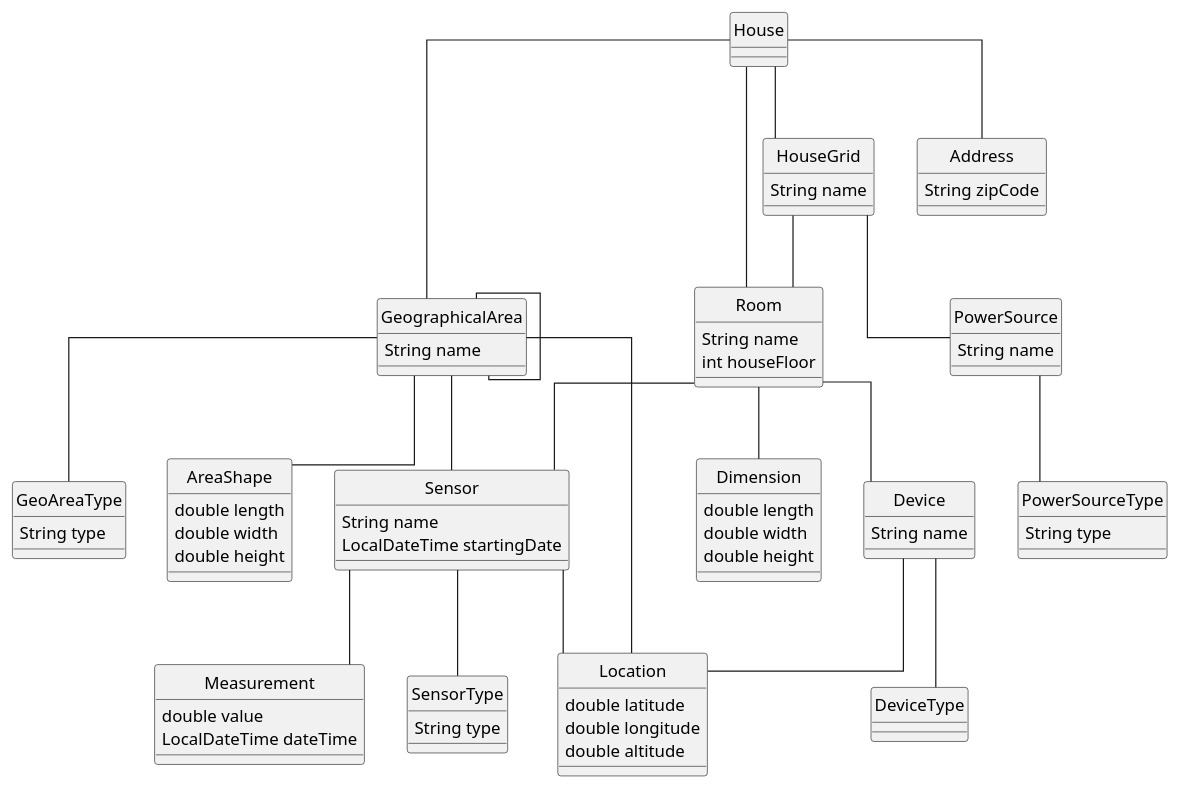
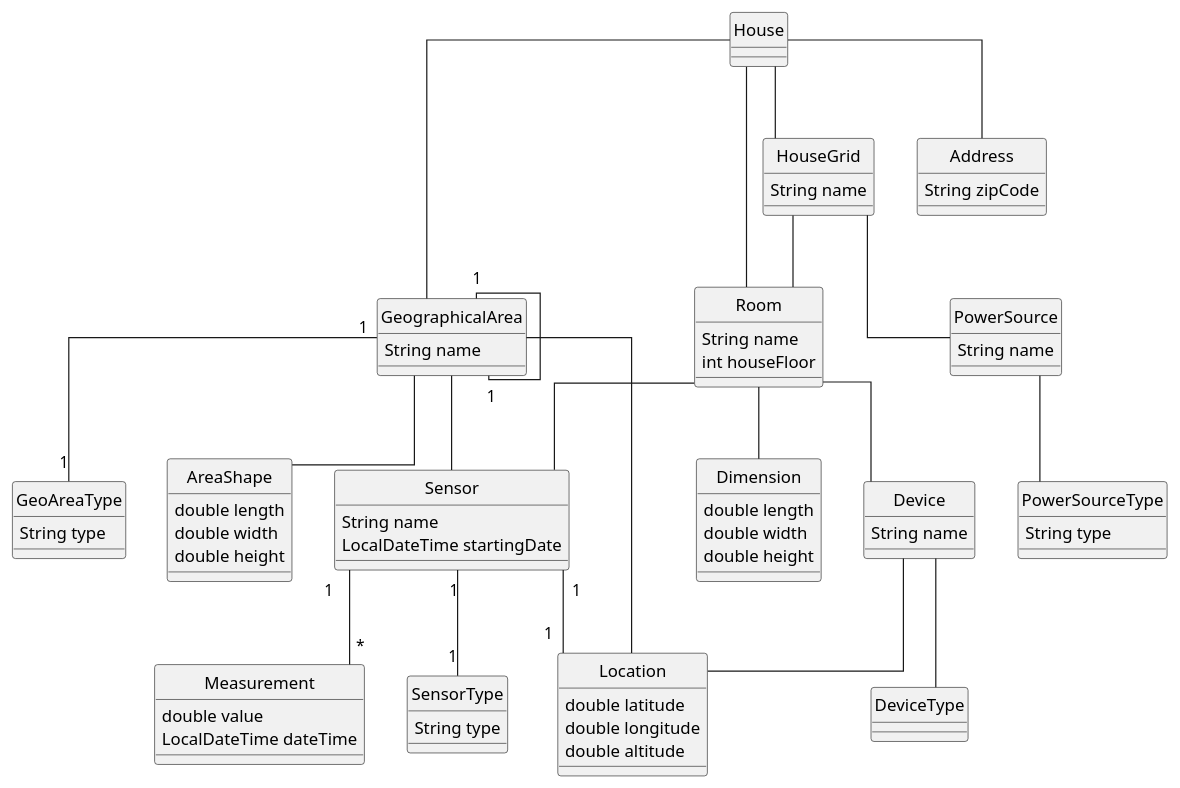
Before and after one commit to 1181687/hateoasToy: the diagram in src/Docs/Sprint2/DomainModel.puml, drawn with PlantUML.

Commit message:
More changes to the Domain Model.

```diff
--- a/src/Docs/Sprint2/DomainModel.puml
+++ b/src/Docs/Sprint2/DomainModel.puml
@@ -1,90 +1,90 @@
 @startuml
 skinparam linetype ortho
 hide circle
 class SensorType{
 String type
 }
 class Sensor{
 String name
 LocalDateTime startingDate
 }
 class Measurement{
 double value
 LocalDateTime dateTime
 }
 class Location{
 double latitude
 double longitude
 double altitude
 }
 class GeoAreaType{
 String type
 }
 class GeographicalArea{
 String name
 }
 class AreaShape{
 double length
 double width
 double height
 }
 class Address{
 String zipCode
 }
 class House
 class Room{
 String name
 int houseFloor
 }
 class Dimension{
 double length
 double width
 double height
 }
 class HouseGrid{
 String name
 }
 class PowerSource{
 String name
 }
 class PowerSourceType{
 String type
 }
 class Device{
 String name
 }
 ENUM DeviceType{
 
 }
 
-Sensor -- SensorType
-Sensor -- Measurement
-Sensor -- Location
+Sensor "1" -- "1" SensorType
+Sensor "1" -- "*" Measurement
+Sensor "1" -- "1" Location
 
-Room -- Dimension
+Room  -- Dimension
 Room -- Sensor
 Room -- Device
 
 PowerSource -- PowerSourceType
 
 House -- Room
 House -- HouseGrid
 House -- Address
 House -- GeographicalArea
 
-GeographicalArea -- GeoAreaType
-GeographicalArea -- GeographicalArea
+GeographicalArea "1" -- "1" GeoAreaType
+GeographicalArea "1" -- "1" GeographicalArea
 GeographicalArea -- Location
 GeographicalArea -- AreaShape
 GeographicalArea -- Sensor
 
 Device -- Location
 Device -- DeviceType
 
 HouseGrid -- PowerSource
 HouseGrid -- Room
 
 
 
 
 @enduml
```
